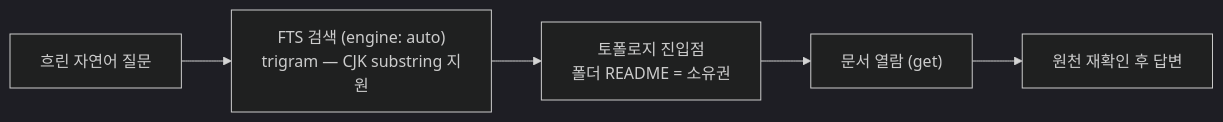
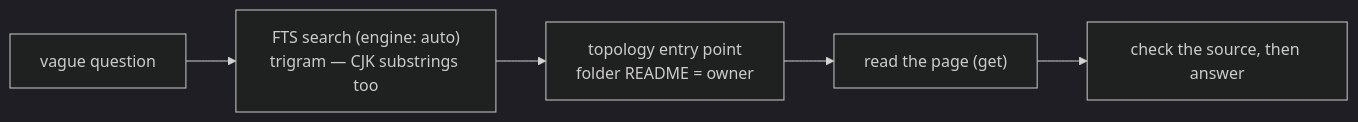
One commit to aldegad/kuma-vault changed the fourth of 5 diagrams in docs/architecture.md. Above: the diagram before and after it, drawn with Mermaid (dark theme). The commit also changed other lines of this file and 184 other files, not shown here.

````diff
--- a/docs/architecture.md
+++ b/docs/architecture.md
@@ -102,7 +157,7 @@
 ```mermaid
 flowchart LR
-    Q["흐린 자연어 질문"] --> F["FTS 검색 (engine: auto)<br/>trigram — CJK substring 지원"]
-    F --> R["토폴로지 진입점<br/>폴더 README = 소유권"]
-    R --> G["문서 열람 (get)"]
-    G --> V["원천 재확인 후 답변"]
+    Q["vague question"] --> F["FTS search (engine: auto)<br/>trigram — CJK substrings too"]
+    F --> R["topology entry point<br/>folder README = owner"]
+    R --> G["read the page (get)"]
+    G --> V["check the source, then answer"]
 ```
````
